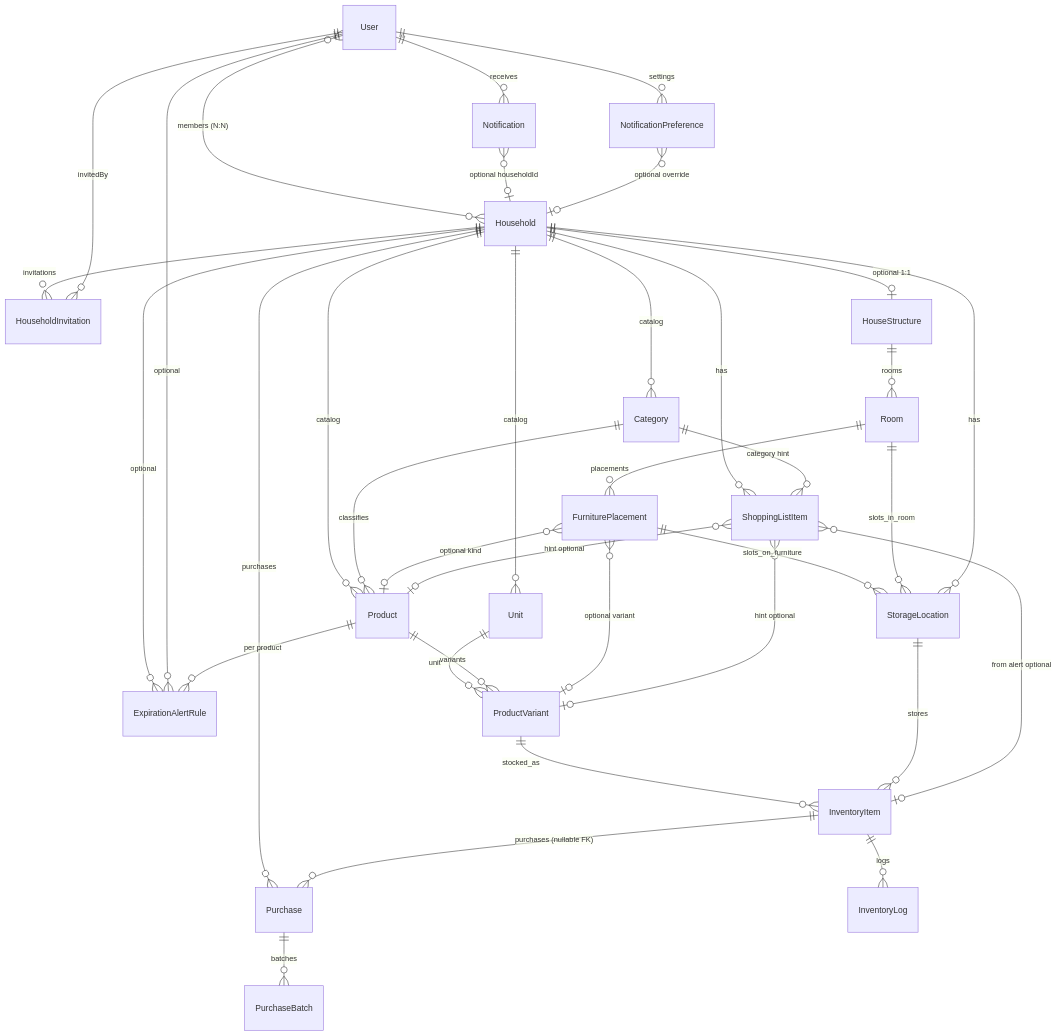
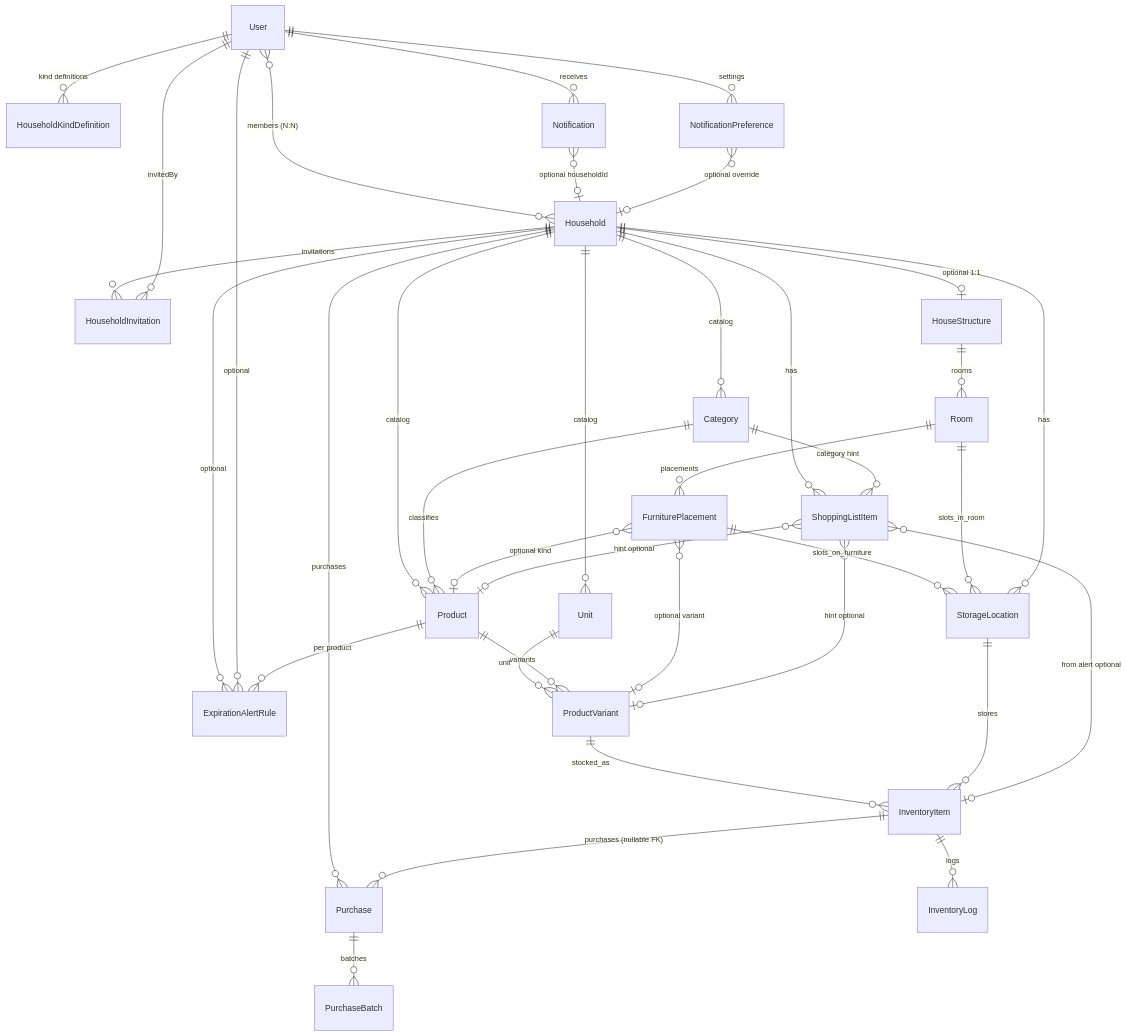
The diagram in docs/design/v2/er-diagram.md (wukdddang/home-inventory-manager), drawn with Mermaid before and after one commit. The commit also changed other lines of this file and 5 other files, not shown here.

First line of the commit message:
feat: HouseholdKindDefinition 테이블 추가 및 문서 업데이트

````diff
--- a/docs/design/v2/er-diagram.md
+++ b/docs/design/v2/er-diagram.md
@@ -127,44 +132,45 @@
 ```mermaid
 erDiagram
     User }o--o{ Household : "members (N:N)"
     Household ||--o{ HouseholdInvitation : "invitations"
     User ||--o{ HouseholdInvitation : "invitedBy"
+    User ||--o{ HouseholdKindDefinition : "kind definitions"
 
     Household ||--o{ Category : "catalog"
     Household ||--o{ Unit : "catalog"
     Household ||--o{ Product : "catalog"
     Household ||--o| HouseStructure : "optional 1:1"
     HouseStructure ||--o{ Room : rooms
     Room ||--o{ FurniturePlacement : placements
     FurniturePlacement ||--o{ StorageLocation : slots_on_furniture
     Room ||--o{ StorageLocation : slots_in_room
     Household ||--o{ StorageLocation : has
     Household ||--o{ ShoppingListItem : has
     Household ||--o{ ExpirationAlertRule : "optional"
 
     User ||--o{ Notification : receives
     Notification }o--o| Household : "optional householdId"
     User ||--o{ NotificationPreference : "settings"
     NotificationPreference }o--o| Household : "optional override"
     User ||--o{ ExpirationAlertRule : "optional"
 
     Category ||--o{ Product : classifies
 
     Unit ||--o{ ProductVariant : unit
     Product ||--o{ ProductVariant : variants
     Product ||--o{ ExpirationAlertRule : "per product"
     ProductVariant ||--o{ InventoryItem : stocked_as
     StorageLocation ||--o{ InventoryItem : stores
     FurniturePlacement }o--o| Product : "optional kind"
     FurniturePlacement }o--o| ProductVariant : "optional variant"
 
     Household ||--o{ Purchase : "purchases"
     InventoryItem ||--o{ Purchase : "purchases (nullable FK)"
     Purchase ||--o{ PurchaseBatch : batches
     InventoryItem ||--o{ InventoryLog : logs
 
     Category ||--o{ ShoppingListItem : "category hint"
     ShoppingListItem }o--o| Product : "hint optional"
     ShoppingListItem }o--o| ProductVariant : "hint optional"
     ShoppingListItem }o--o| InventoryItem : "from alert optional"
 ```
````
